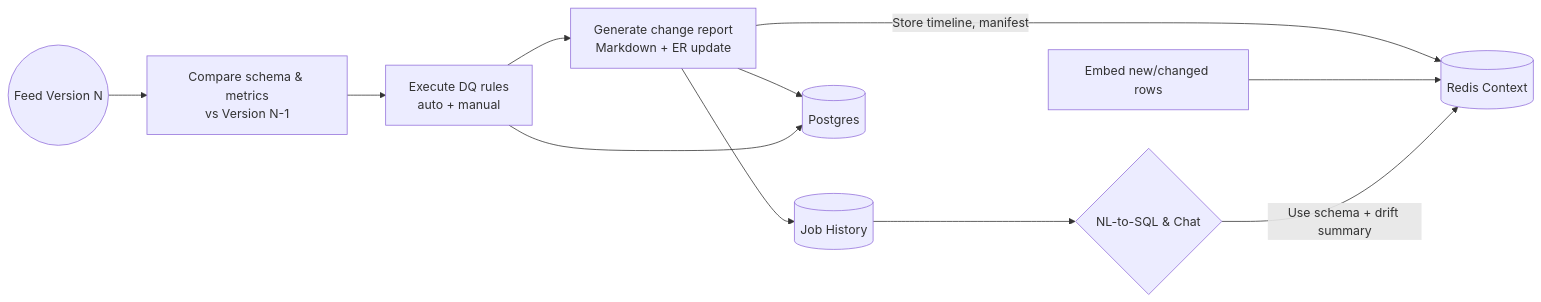
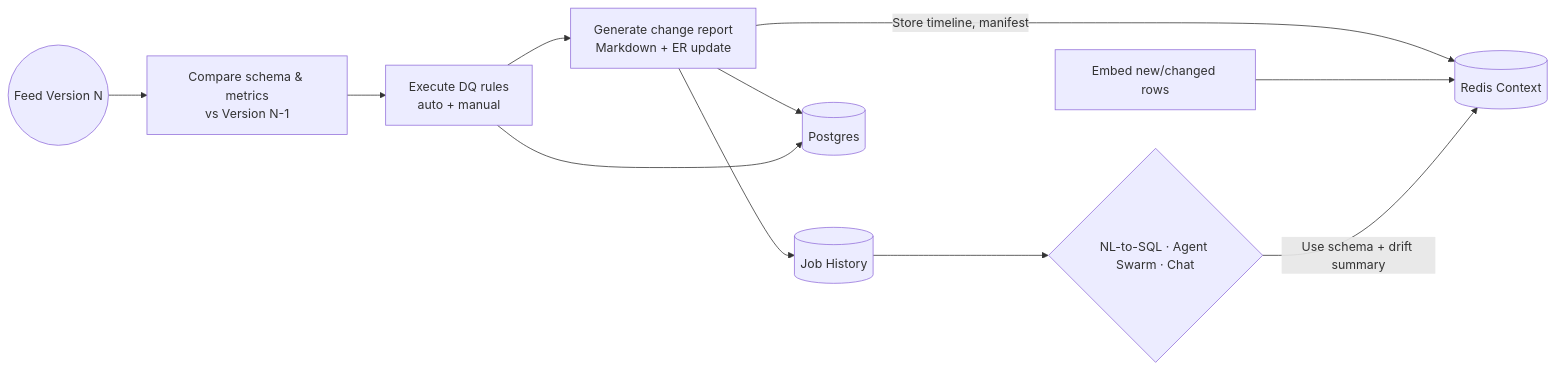
The third of 3 diagrams in docs/datafeed_roadmap.md (dannyalaska/dawn), drawn with Mermaid before and after one commit. The commit also changed other lines of this file and 25 other files, not shown here.

````diff
--- a/docs/datafeed_roadmap.md
+++ b/docs/datafeed_roadmap.md
@@ -91,20 +101,20 @@
 ```mermaid
 flowchart LR
     START((Feed Version N))
     DRIFT[Compare schema & metrics<br/>vs Version N-1]
     DQCHECK[Execute DQ rules<br/>auto + manual]
     EMBEDNew[Embed new/changed rows]
     REPORT[Generate change report<br/>Markdown + ER update]
     JOB[(Job History)]
     REDIS[(Redis Context)]
     PG[(Postgres)]
 
     START --> DRIFT --> DQCHECK --> REPORT
     REPORT --> PG
     REPORT --> JOB
     REPORT -->|Store timeline, manifest| REDIS
     DQCHECK --> PG
     EMBEDNew --> REDIS
-    JOB --> NLQ{NL-to-SQL & Chat}
+    JOB --> NLQ{NL-to-SQL · Agent Swarm · Chat}
     NLQ -->|Use schema + drift summary| REDIS
 ```
````
